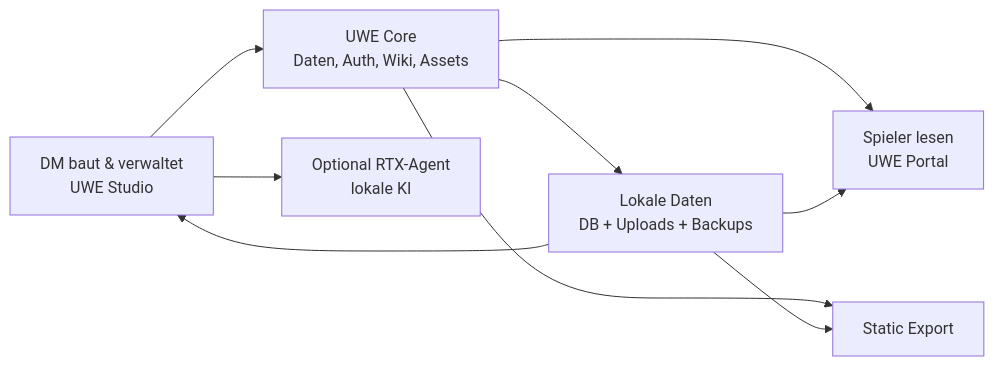
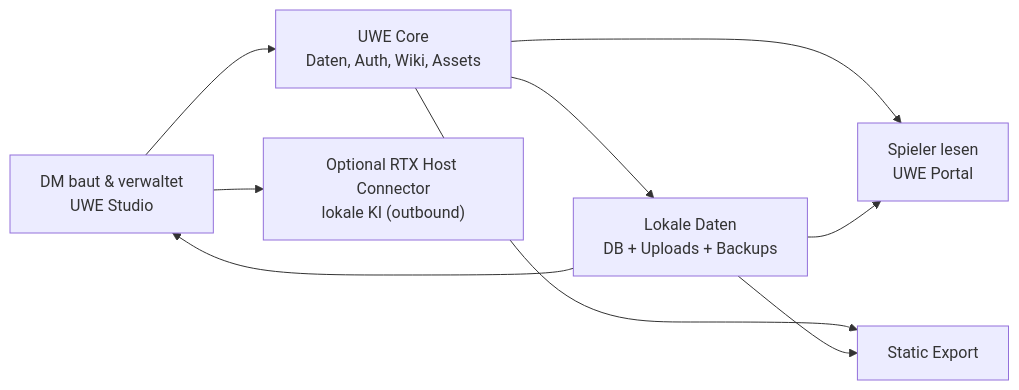
Before and after one commit to Nehmo101/UWE: the sixth of 6 diagrams in docs/ARCHITECTURE.md, drawn with Mermaid. The commit also changed other lines of this file and 24 other files, not shown here.

````diff
--- a/docs/ARCHITECTURE.md
+++ b/docs/ARCHITECTURE.md
@@ -202,12 +206,12 @@
 ```mermaid
 flowchart LR
   Studio["DM baut & verwaltet<br/>UWE Studio"] --> Core["UWE Core<br/>Daten, Auth, Wiki, Assets"]
   Core --> Data["Lokale Daten<br/>DB + Uploads + Backups"]
   Core --> Portal["Spieler lesen<br/>UWE Portal"]
   Core --> Export["Static Export"]
-  Studio --> RTX["Optional RTX-Agent<br/>lokale KI"]
+  Studio --> RTX["Optional RTX Host Connector<br/>lokale KI (outbound)"]
 
   Data --> Studio
   Data --> Portal
   Data --> Export
 ```
````
